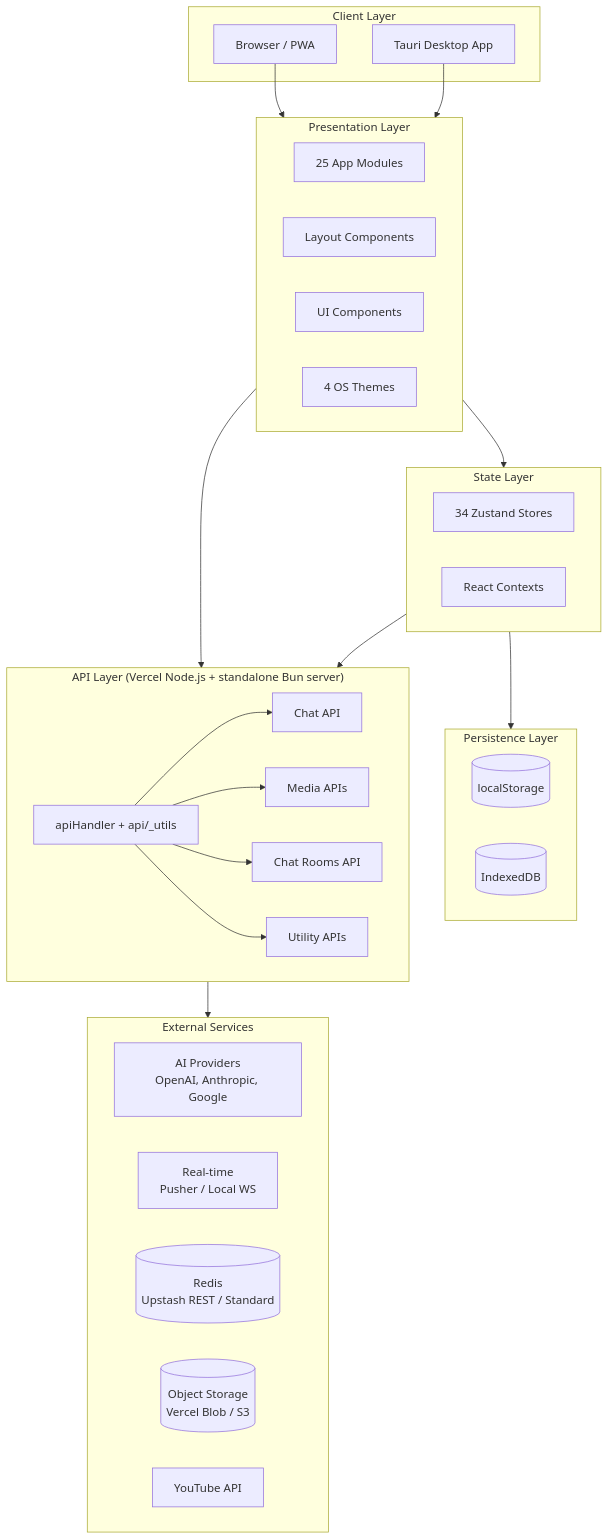
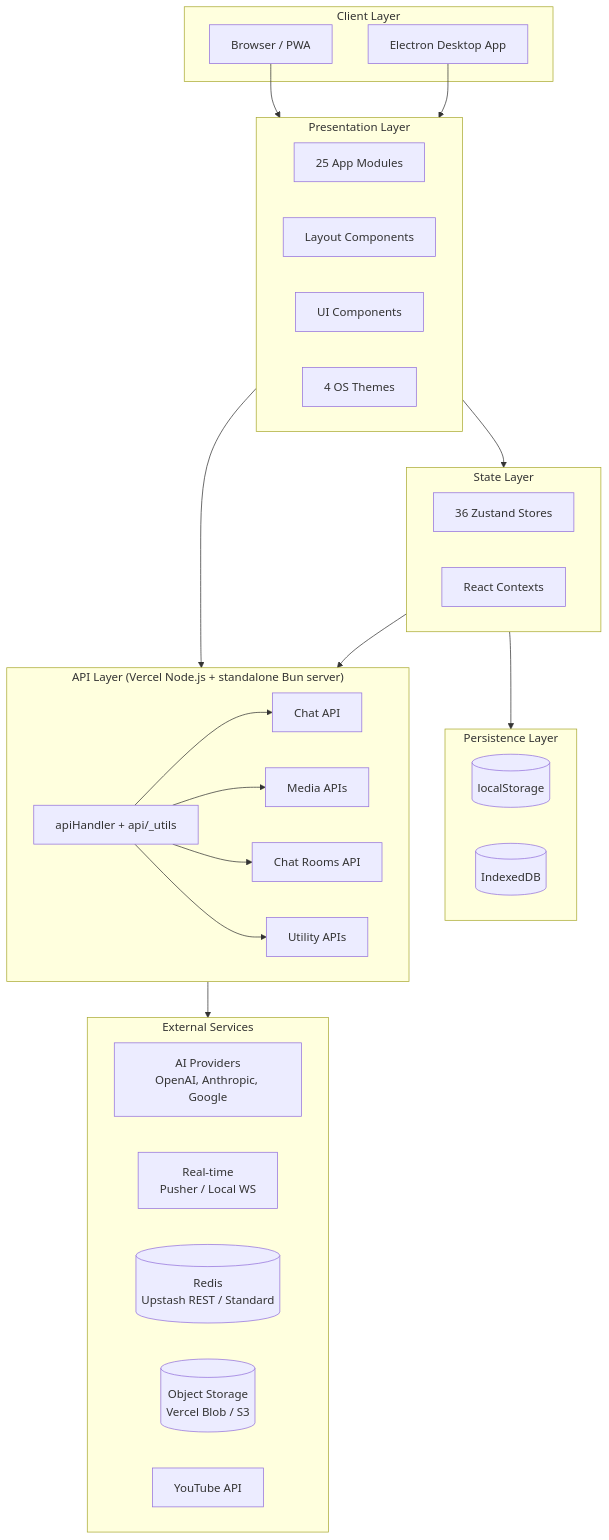
The first of 6 diagrams in docs/1.1-architecture.md (ryokun6/ryos), drawn with Mermaid before and after one commit. The commit also changed other lines of this file and 60 other files, not shown here.

````diff
--- a/docs/1.1-architecture.md
+++ b/docs/1.1-architecture.md
@@ -7,52 +7,52 @@
 ```mermaid
 graph TB
     subgraph Client["Client Layer"]
         Browser[Browser / PWA]
-        Desktop[Tauri Desktop App]
+        Desktop[Electron Desktop App]
     end
     
     subgraph Presentation["Presentation Layer"]
         Apps[25 App Modules]
         Layout[Layout Components]
         UI[UI Components]
         Themes[4 OS Themes]
     end
     
     subgraph State["State Layer"]
-        Zustand[34 Zustand Stores]
+        Zustand[36 Zustand Stores]
         Contexts[React Contexts]
     end
     
     subgraph Persistence["Persistence Layer"]
         LocalStorage[(localStorage)]
         IndexedDB[(IndexedDB)]
     end
     
     subgraph API["API Layer (Vercel Node.js + standalone Bun server)"]
         Shared[apiHandler + api/_utils]
         Chat[Chat API]
         Media[Media APIs]
         Rooms[Chat Rooms API]
         Utility[Utility APIs]
     end
     
     subgraph External["External Services"]
         AI[AI Providers<br/>OpenAI, Anthropic, Google]
         Realtime[Real-time<br/>Pusher / Local WS]
         Redis[(Redis<br/>Upstash REST / Standard)]
         ObjectStorage[(Object Storage<br/>Vercel Blob / S3)]
         YouTube[YouTube API]
     end
     
     Browser --> Presentation
     Desktop --> Presentation
     Presentation --> State
     State --> Persistence
     Presentation --> API
     Shared --> Chat
     Shared --> Media
     Shared --> Rooms
     Shared --> Utility
     API --> External
     State --> API
 ```
````
